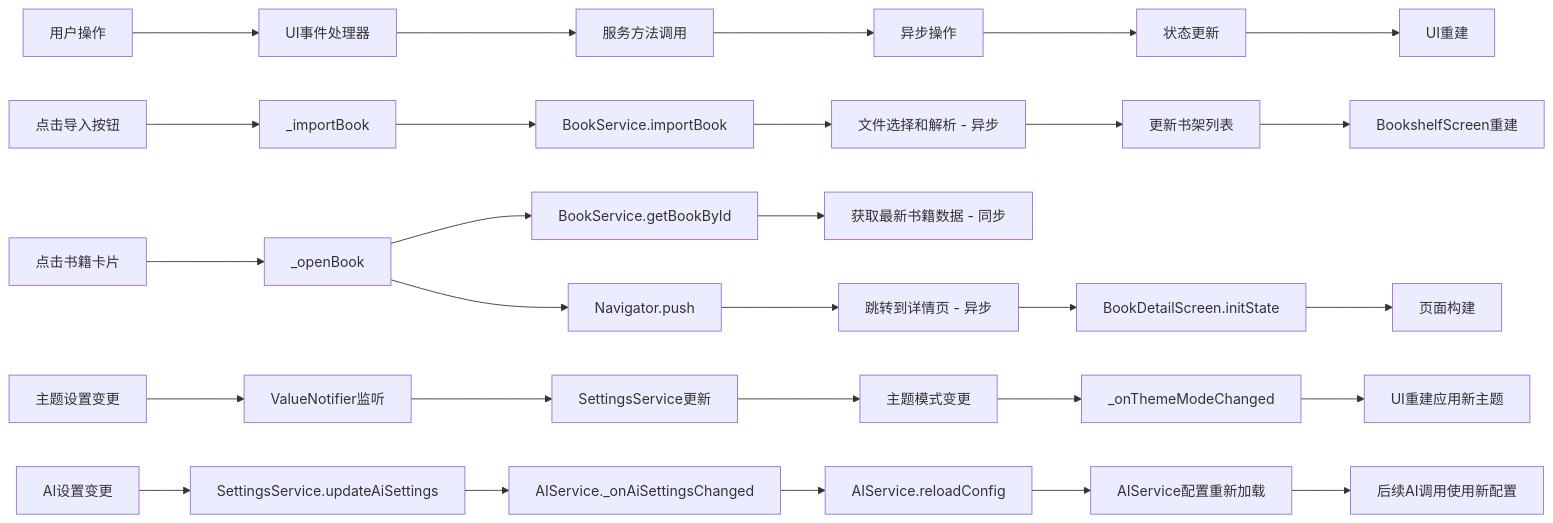
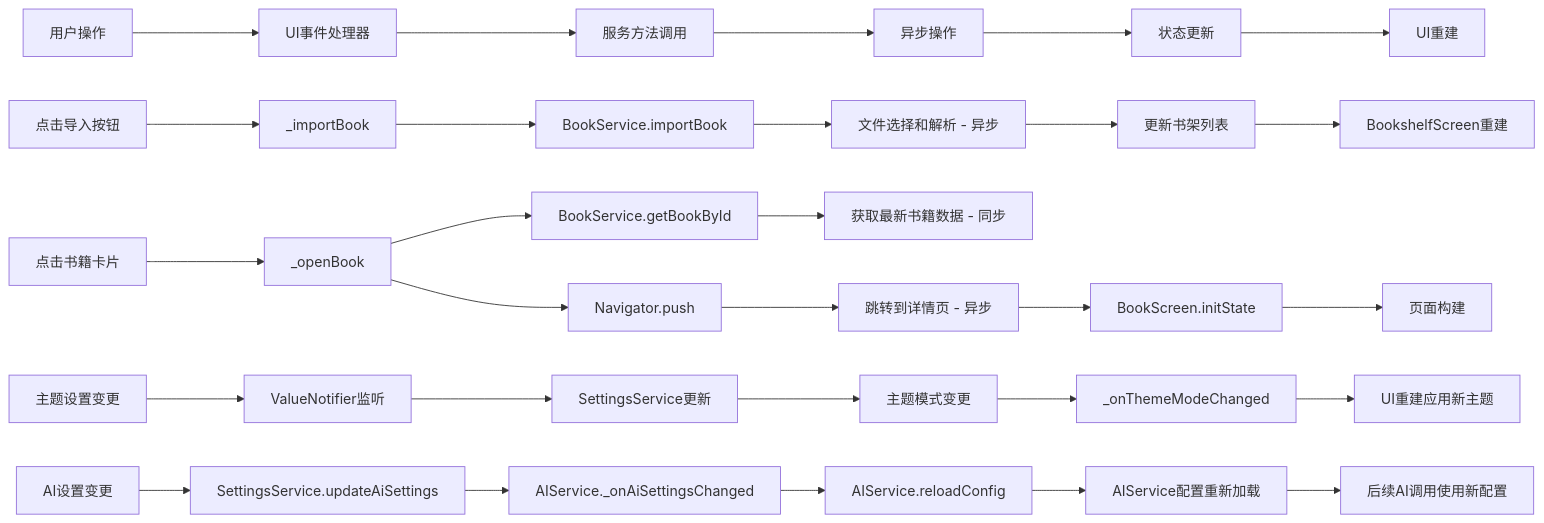
Before and after one commit to jjzhang2000/zhidu: the ninth of 14 diagrams in docs/function_call_relationships.md, drawn with Mermaid. The commit also changed other lines of this file and 30 other files, not shown here.

First line of the commit message:
refactor: 重命名 SummaryScreen 为 ChapterScreen，BookDetailScreen 为 BookScreen

````diff
--- a/docs/function_call_relationships.md
+++ b/docs/function_call_relationships.md
@@ -318,34 +318,34 @@
 ```mermaid
 graph LR
     A[用户操作] --> B[UI事件处理器]
     B --> C[服务方法调用]
     C --> D[异步操作]
     D --> E[状态更新]
     E --> F[UI重建]
     
     A1[点击导入按钮] --> B1[_importBook]
     B1 --> C1[BookService.importBook]
     C1 --> D1[文件选择和解析 - 异步]
     D1 --> E1[更新书架列表]
     E1 --> F1[BookshelfScreen重建]
     
     A2[点击书籍卡片] --> B2[_openBook]
     B2 --> C2[BookService.getBookById]
     B2 --> C3[Navigator.push]
     C2 --> D2[获取最新书籍数据 - 同步]
     C3 --> D3[跳转到详情页 - 异步]
-    D3 --> E2[BookDetailScreen.initState]
+    D3 --> E2[BookScreen.initState]
     E2 --> F2[页面构建]
     
     A3[主题设置变更] --> B3[ValueNotifier监听]
     B3 --> C4[SettingsService更新]
     C4 --> D4[主题模式变更]
     D4 --> E3[_onThemeModeChanged]
     E3 --> F3[UI重建应用新主题]
     
     A4[AI设置变更] --> B4[SettingsService.updateAiSettings]
     B4 --> C5[AIService._onAiSettingsChanged]
     C5 --> D5[AIService.reloadConfig]
     D5 --> E4[AIService配置重新加载]
     E4 --> F4[后续AI调用使用新配置]
 ```
````
